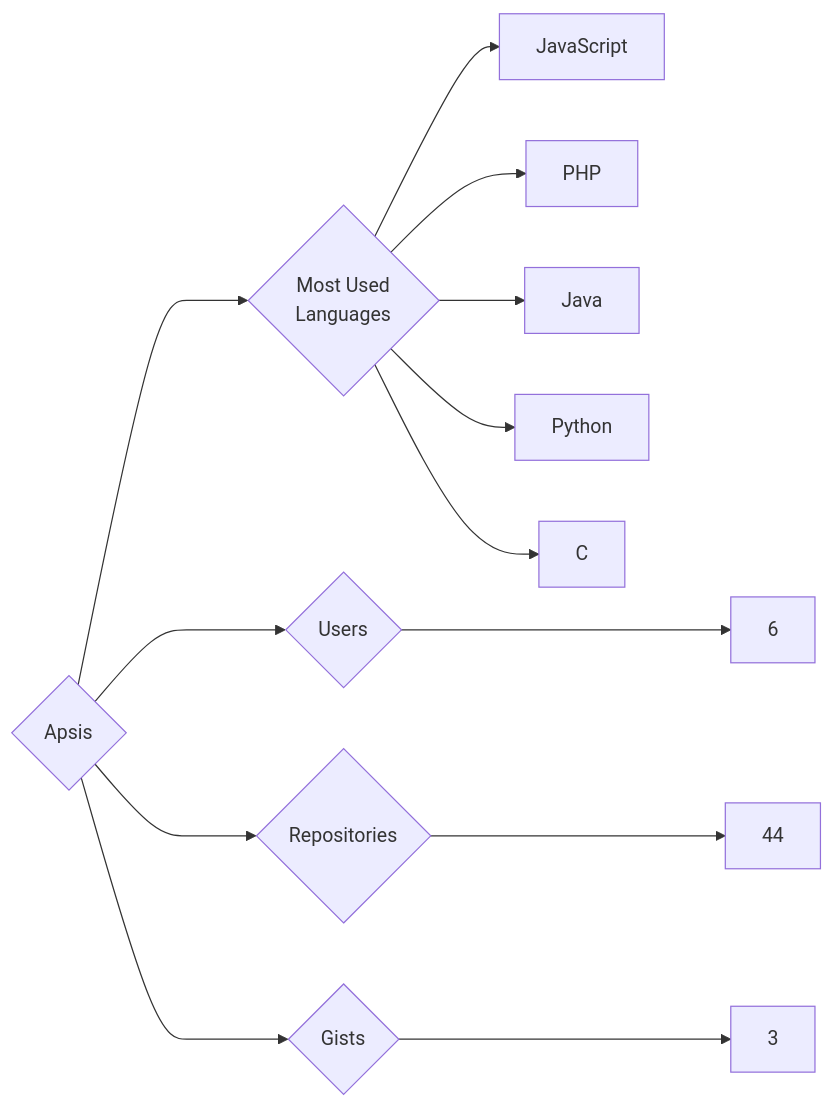
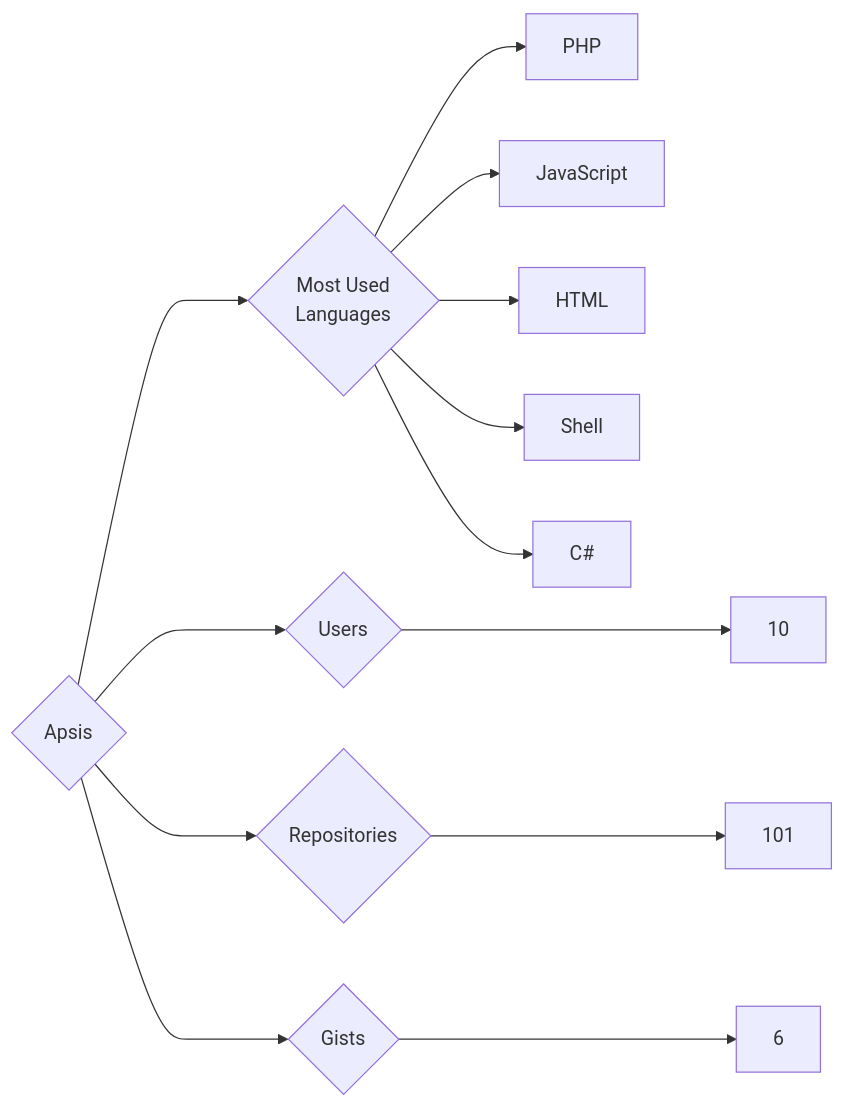
The diagram in targets/Apsis/README.md (trickest/insiders), drawn with Mermaid before and after one commit. The commit also changed 1212 other files, not shown here.

````diff
--- a/targets/Apsis/README.md
+++ b/targets/Apsis/README.md
@@ -3,13 +3,13 @@
 ```mermaid
 graph LR
 COMPANY_NAME{Apsis}
-COMPANY_NAME ---> U{Users} ---> UN[6]
-COMPANY_NAME ---> R{Repositories} ---> RN[44]
-COMPANY_NAME ---> G{Gists} ---> GN[3]
+COMPANY_NAME ---> U{Users} ---> UN[10]
+COMPANY_NAME ---> R{Repositories} ---> RN[101]
+COMPANY_NAME ---> G{Gists} ---> GN[6]
 COMPANY_NAME ---> ML{Most Used<br>Languages}
+ML --> PHP[PHP]
 ML --> JavaScript[JavaScript]
-ML --> PHP[PHP]
-ML --> Java[Java]
-ML --> Python[Python]
-ML --> C[C]
+ML --> HTML[HTML]
+ML --> Shell[Shell]
+ML --> C#[C#]
 ```
````
